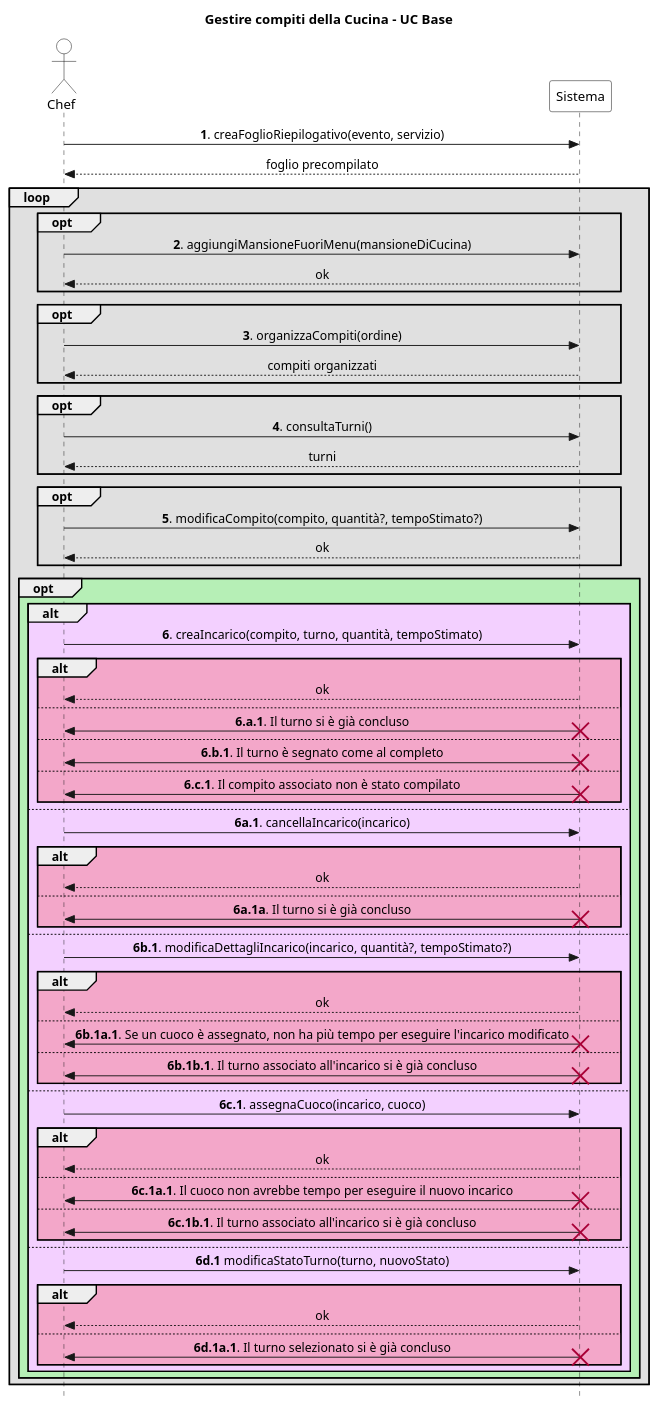
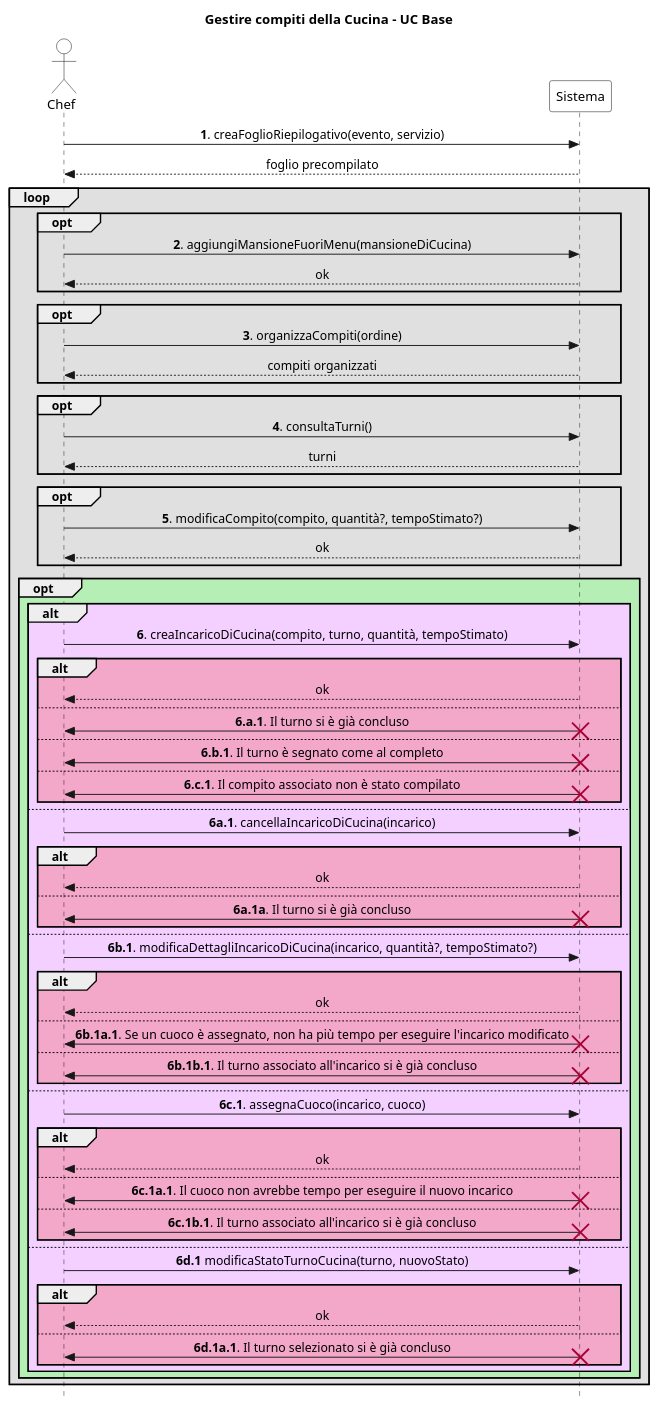
Before and after one commit to stefa168/sas-project: the diagram in Requisiti/UC Gestire Compiti Cucina/SSD/Estensioni-Eccezioni Op6.puml, drawn with PlantUML. The commit also changed 9 other files, not shown here.

```diff
--- a/Requisiti/UC Gestire Compiti Cucina/SSD/Estensioni-Eccezioni Op6.puml
+++ b/Requisiti/UC Gestire Compiti Cucina/SSD/Estensioni-Eccezioni Op6.puml
@@ -1,100 +1,100 @@
 @startuml
 skinparam Style strictuml
 skinparam SequenceMessageAlign center
 
 skinparam sequence {
     ActorBorderColor Black
     ActorBackgroundColor White
     ParticipantBorderColor Black
     ParticipantBackgroundColor White
 }
 
 actor Chef
 participant Sistema
 
 title Gestire compiti della Cucina - UC Base
 
 Chef -> Sistema: **1**. creaFoglioRiepilogativo(evento, servizio)
 return foglio precompilato
 
 loop #e0e0e0
     opt #e0e0e0
         Chef -> Sistema: **2**. aggiungiMansioneFuoriMenu(mansioneDiCucina)
         return ok
     end
 
     opt #e0e0e0
         Chef -> Sistema: **3**. organizzaCompiti(ordine)
         return compiti organizzati
     end
 
     opt #e0e0e0
         Chef -> Sistema: **4**. consultaTurni()
         return turni
     end
 
     opt #e0e0e0
         Chef -> Sistema: **5**. modificaCompito(compito, quantità?, tempoStimato?)
         return ok
     end
 
     opt #b6efb6
         alt #f3d0ff
-            Chef -> Sistema: **6**. creaIncarico(compito, turno, quantità, tempoStimato)
+            Chef -> Sistema: **6**. creaIncaricoDiCucina(compito, turno, quantità, tempoStimato)
             alt #f3a7c9
                 return ok
             else
                 Chef <- Sistema: **6.a.1**. Il turno si è già concluso
                 destroy Sistema
             else
                 Chef <- Sistema: **6.b.1**. Il turno è segnato come al completo
                 destroy Sistema
             else
                 Chef <- Sistema: **6.c.1**. Il compito associato non è stato compilato
                 destroy Sistema
             end
         else
-            Chef -> Sistema: **6a.1**. cancellaIncarico(incarico)
+            Chef -> Sistema: **6a.1**. cancellaIncaricoDiCucina(incarico)
             alt #f3a7c9
                 return ok
             else
                 Chef <- Sistema: **6a.1a**. Il turno si è già concluso
                 destroy Sistema
             end
         else
-            Chef -> Sistema: **6b.1**. modificaDettagliIncarico(incarico, quantità?, tempoStimato?)
+            Chef -> Sistema: **6b.1**. modificaDettagliIncaricoDiCucina(incarico, quantità?, tempoStimato?)
             alt #f3a7c9
                 return ok
             else
                 Chef <- Sistema: **6b.1a.1**. Se un cuoco è assegnato, non ha più tempo per eseguire l'incarico modificato
                 destroy Sistema
             else
                 Chef <- Sistema: **6b.1b.1**. Il turno associato all'incarico si è già concluso
                 destroy Sistema
             end
         else
             Chef -> Sistema: **6c.1**. assegnaCuoco(incarico, cuoco)
             alt #f3a7c9
                 return ok
             else
                 Chef <- Sistema: **6c.1a.1**. Il cuoco non avrebbe tempo per eseguire il nuovo incarico
                 destroy Sistema
             else
                 Chef <- Sistema: **6c.1b.1**. Il turno associato all'incarico si è già concluso
                 destroy Sistema
             end
         else
-            Chef -> Sistema: **6d.1** modificaStatoTurno(turno, nuovoStato)
+            Chef -> Sistema: **6d.1** modificaStatoTurnoCucina(turno, nuovoStato)
             alt #f3a7c9
                 return ok
             else
                 Chef <- Sistema: **6d.1a.1**. Il turno selezionato si è già concluso
                 destroy Sistema
             end
         end
     end
 
 end
 
 
 @enduml
```
